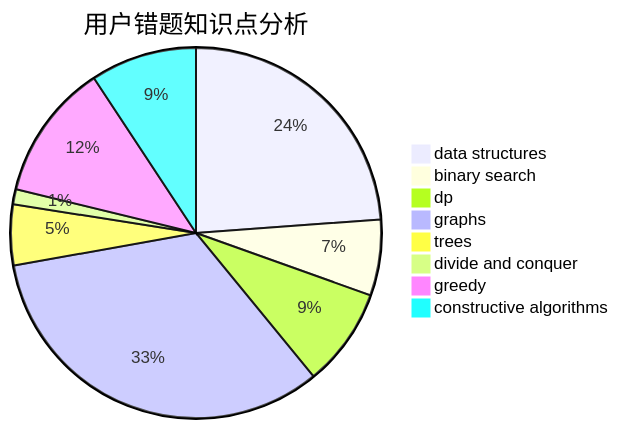
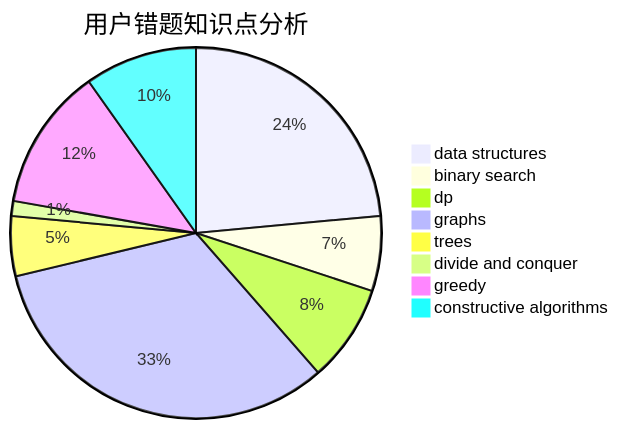
The third of 3 diagrams in docs/user/u2588.md (sherpahu/cfrs.github.io), drawn with Mermaid before and after one commit. The commit also changed other lines of this file and 2770 other files, not shown here.

````diff
--- a/docs/user/u2588.md
+++ b/docs/user/u2588.md
@@ -36,11 +36,11 @@
 ```mermaid
 pie title 用户错题知识点分析
     "data structures" :  36
     "binary search" :  10
     "dp" :  13
     "graphs" :  50
     "trees" :  8
     "divide and conquer" :  2
-    "greedy" :  18
-    "constructive algorithms" :  14
+    "greedy" :  19
+    "constructive algorithms" :  15
 ```
````
